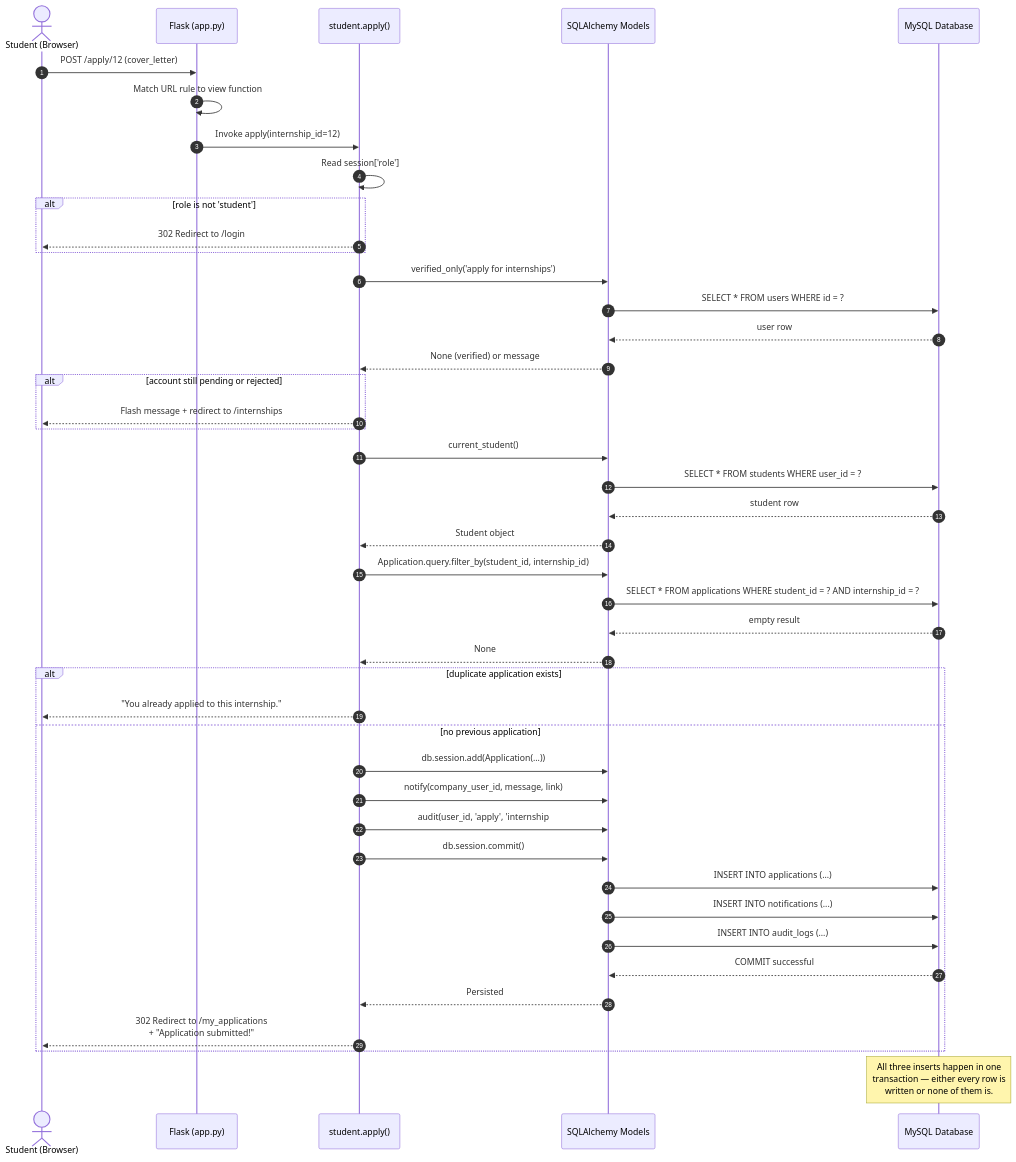
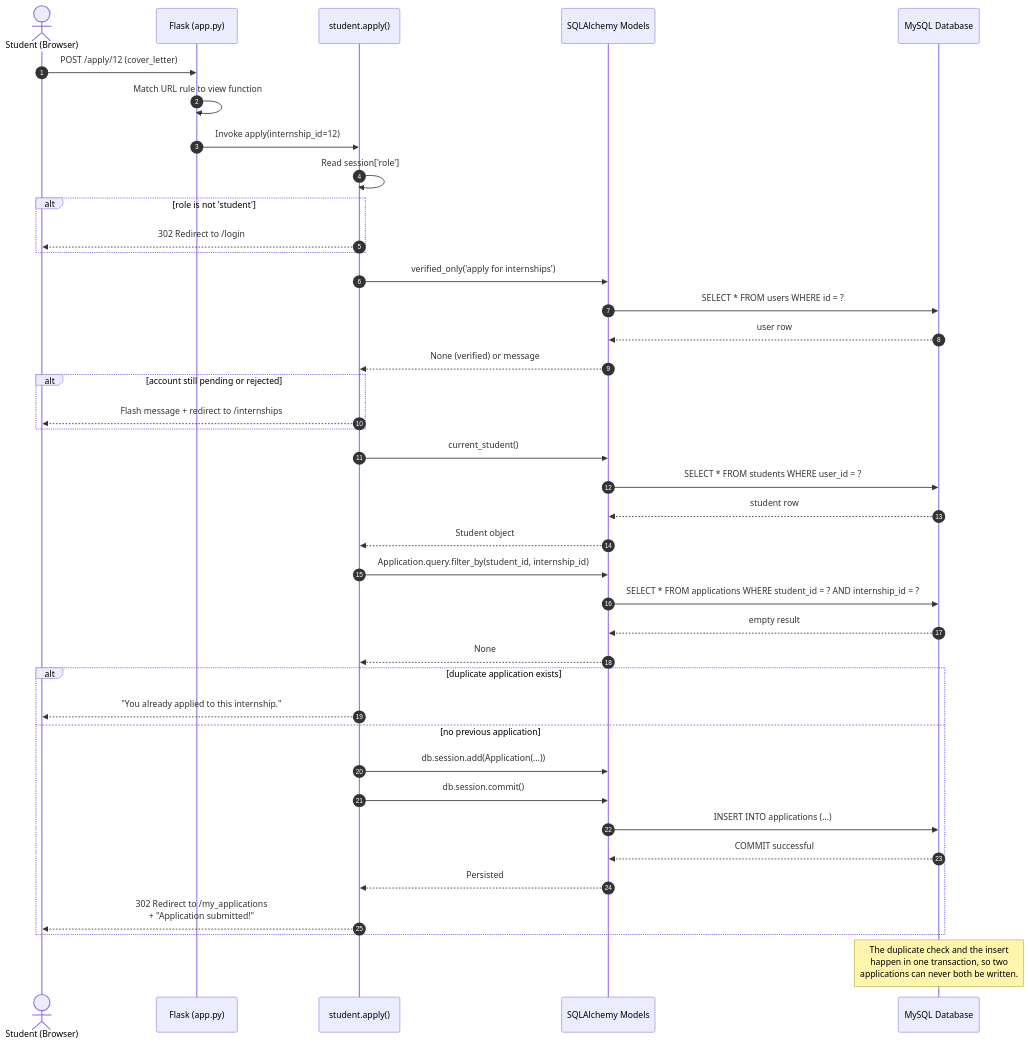
Before and after one commit to RamSinghKarki/Internship_Portal: the ninth of 9 diagrams in docs/Internship_Portal_Report.md, drawn with Mermaid. The commit also changed other lines of this file and 43 other files, not shown here.

First line of the commit message:
Rebuild every document around the 8-table schema

````diff
--- a/docs/Internship_Portal_Report.md
+++ b/docs/Internship_Portal_Report.md
@@ -1091,53 +1031,49 @@
 ```mermaid
 sequenceDiagram
     autonumber
     actor S as Student (Browser)
     participant F as Flask (app.py)
     participant R as student.apply()
     participant M as SQLAlchemy Models
     participant DB as MySQL Database
 
     S->>F: POST /apply/12 (cover_letter)
     F->>F: Match URL rule to view function
     F->>R: Invoke apply(internship_id=12)
 
     R->>R: Read session['role']
     alt role is not 'student'
         R-->>S: 302 Redirect to /login
     end
 
     R->>M: verified_only('apply for internships')
     M->>DB: SELECT * FROM users WHERE id = ?
     DB-->>M: user row
     M-->>R: None (verified) or message
     alt account still pending or rejected
         R-->>S: Flash message + redirect to /internships
     end
 
     R->>M: current_student()
     M->>DB: SELECT * FROM students WHERE user_id = ?
     DB-->>M: student row
     M-->>R: Student object
 
     R->>M: Application.query.filter_by(student_id, internship_id)
     M->>DB: SELECT * FROM applications WHERE student_id = ? AND internship_id = ?
     DB-->>M: empty result
     M-->>R: None
 
     alt duplicate application exists
         R-->>S: "You already applied to this internship."
     else no previous application
         R->>M: db.session.add(Application(...))
-        R->>M: notify(company_user_id, message, link)
-        R->>M: audit(user_id, 'apply', 'internship #12')
-        R->>M: db.session.commit()
+                R->>M: db.session.commit()
         M->>DB: INSERT INTO applications (...)
-        M->>DB: INSERT INTO notifications (...)
-        M->>DB: INSERT INTO audit_logs (...)
         DB-->>M: COMMIT successful
         M-->>R: Persisted
         R-->>S: 302 Redirect to /my_applications<br/>+ "Application submitted!"
     end
 
-    Note over DB: All three inserts happen in one<br/>transaction — either every row is<br/>written or none of them is.
+    Note over DB: The duplicate check and the insert<br/>happen in one transaction, so two<br/>applications can never both be written.
 ```
````
